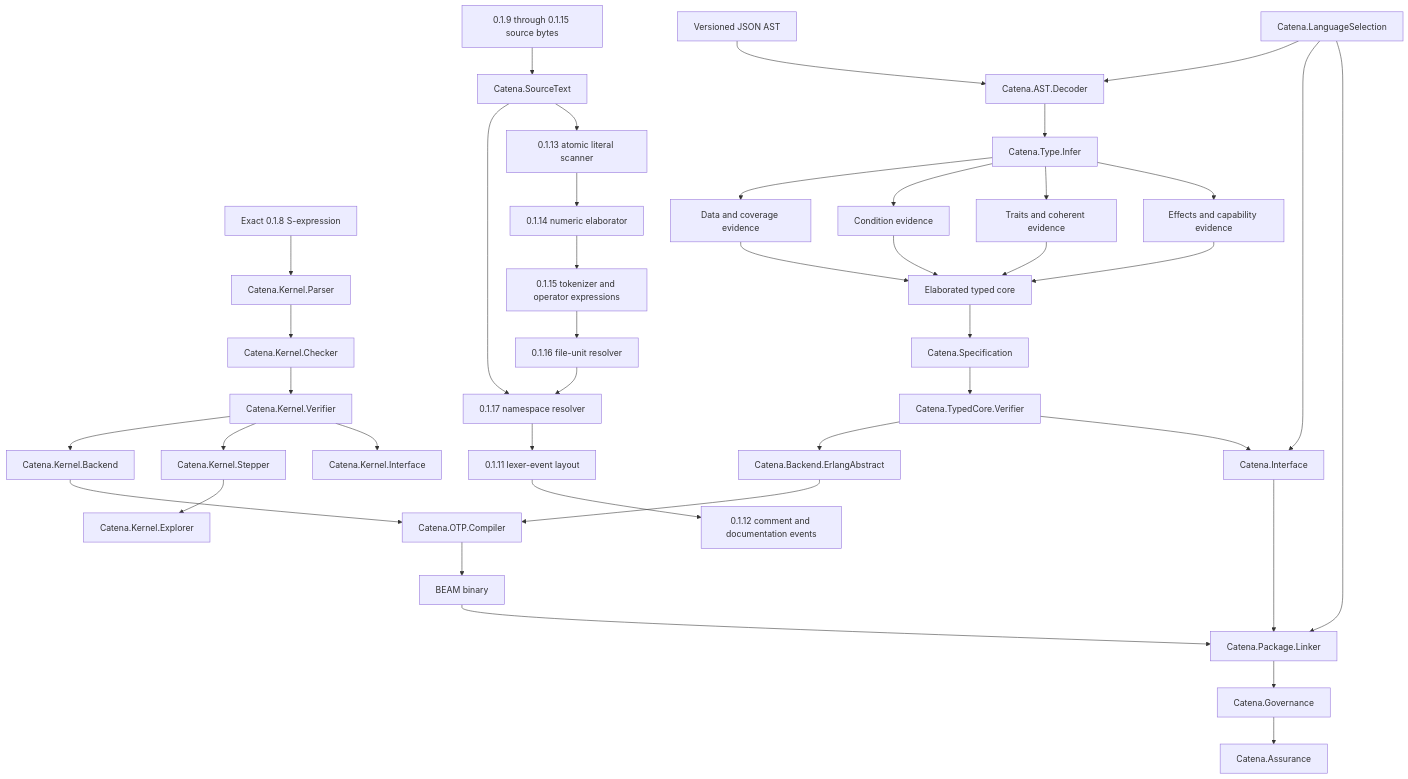
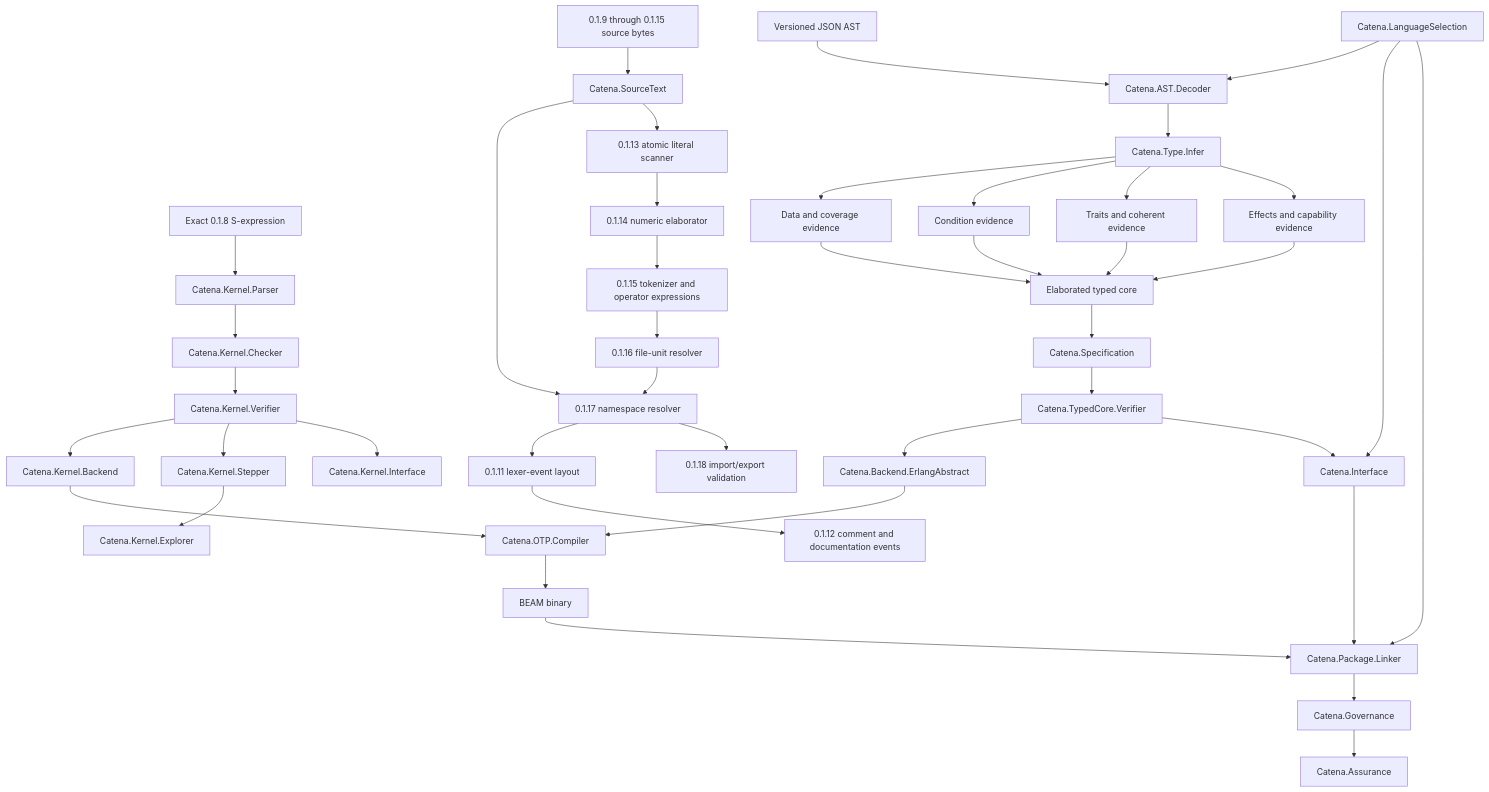
The diagram in guides/development/compiler-architecture.md (pcharbon70/catena), drawn with Mermaid before and after one commit. The commit also changed other lines of this file and 28 other files, not shown here.

````diff
--- a/guides/development/compiler-architecture.md
+++ b/guides/development/compiler-architecture.md
@@ -46,44 +46,45 @@
 ```mermaid
 flowchart TD
     JSON[Versioned JSON AST] --> Decoder[Catena.AST.Decoder]
     Kernel[Exact 0.1.8 S-expression] --> KParser[Catena.Kernel.Parser]
     Source[0.1.9 through 0.1.15 source bytes] --> SourceText[Catena.SourceText]
     SourceText --> Names[Standalone 0.1.10 names]
     Names --> Layout[0.1.11 lexer-event layout]
     Layout --> Comments[0.1.12 comment and documentation events]
     SourceText --> Literals[0.1.13 atomic literal scanner]
     Literals --> Numeric[0.1.14 numeric elaborator]
     Numeric --> Tokens[0.1.15 tokenizer and operator expressions]
     Tokens --> FileUnits[0.1.16 file-unit resolver]
     FileUnits --> Names[0.1.17 namespace resolver]
+    Names --> Imports[0.1.18 import/export validation]
     Selection[Catena.LanguageSelection] --> Decoder
     Decoder --> Infer[Catena.Type.Infer]
     Infer --> Data[Data and coverage evidence]
     Infer --> Cond[Condition evidence]
     Infer --> Cat[Traits and coherent evidence]
     Infer --> FX[Effects and capability evidence]
     Data --> Core[Elaborated typed core]
     Cond --> Core
     Cat --> Core
     FX --> Core
     Core --> Spec[Catena.Specification]
     Spec --> Verify[Catena.TypedCore.Verifier]
     Verify --> Backend[Catena.Backend.ErlangAbstract]
     Backend --> OTP[Catena.OTP.Compiler]
     OTP --> Beam[BEAM binary]
     Verify --> Interface[Catena.Interface]
     KParser --> KCheck[Catena.Kernel.Checker]
     KCheck --> KVerify[Catena.Kernel.Verifier]
     KVerify --> KBackend[Catena.Kernel.Backend]
     KVerify --> Stepper[Catena.Kernel.Stepper]
     Stepper --> Explorer[Catena.Kernel.Explorer]
     KBackend --> OTP
     KVerify --> KInterface[Catena.Kernel.Interface]
 
     Beam --> Linker[Catena.Package.Linker]
     Interface --> Linker
     Selection --> Interface
     Selection --> Linker
     Linker --> Governance[Catena.Governance]
     Governance --> Assurance[Catena.Assurance]
 ```
````
